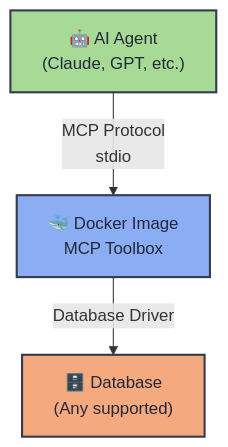
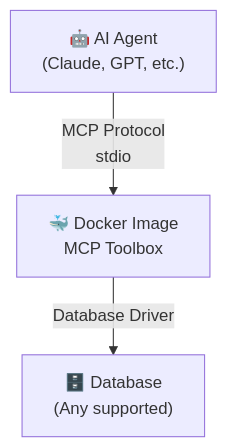
The diagram in README.md (usacognition/database-toolbox), drawn with Mermaid before and after one commit. The commit also changed other lines of this file, not shown here.

````diff
--- a/README.md
+++ b/README.md
@@ -83,9 +74,5 @@
 ```mermaid
 graph TD
     A["🤖 AI Agent<br/>(Claude, GPT, etc.)"] -->|MCP Protocol<br/>stdio| B["🐳 Docker Image<br/>MCP Toolbox"]
     B -->|Database Driver| C["🗄️ Database<br/>(Any supported)"]
-
-    style A fill:#a6da95,stroke:#363a4f,stroke-width:2px,color:#24273a
-    style B fill:#8aadf4,stroke:#363a4f,stroke-width:2px,color:#24273a
-    style C fill:#f5a97f,stroke:#363a4f,stroke-width:2px,color:#24273a
 ```
````
